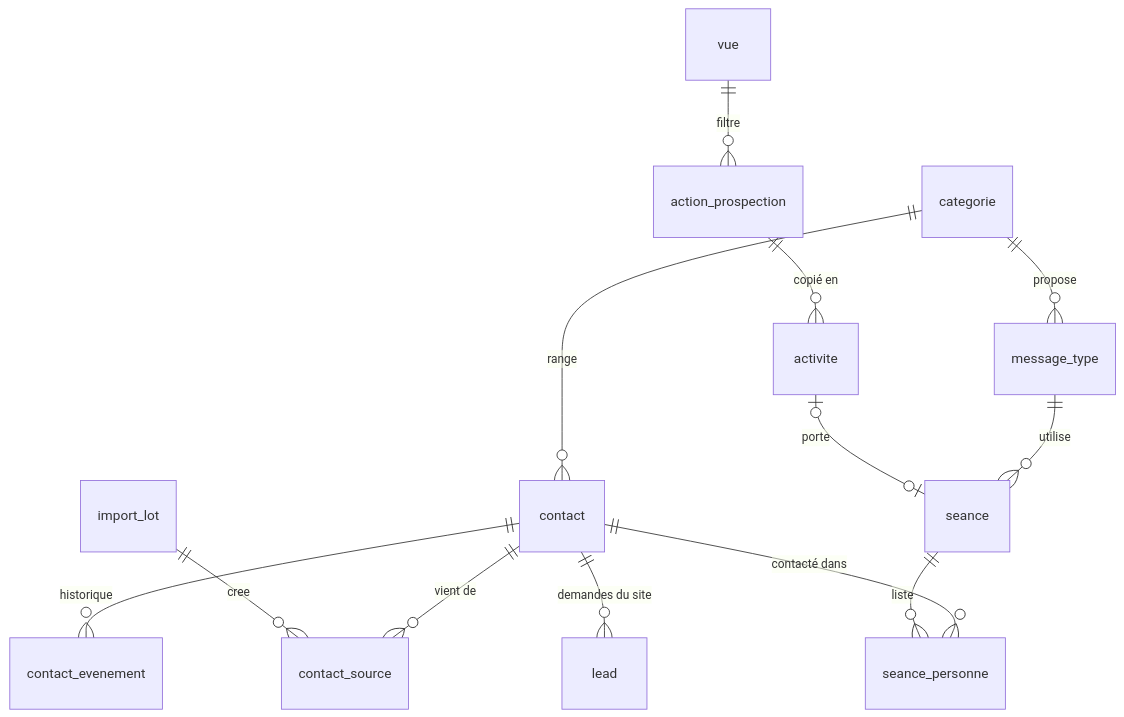
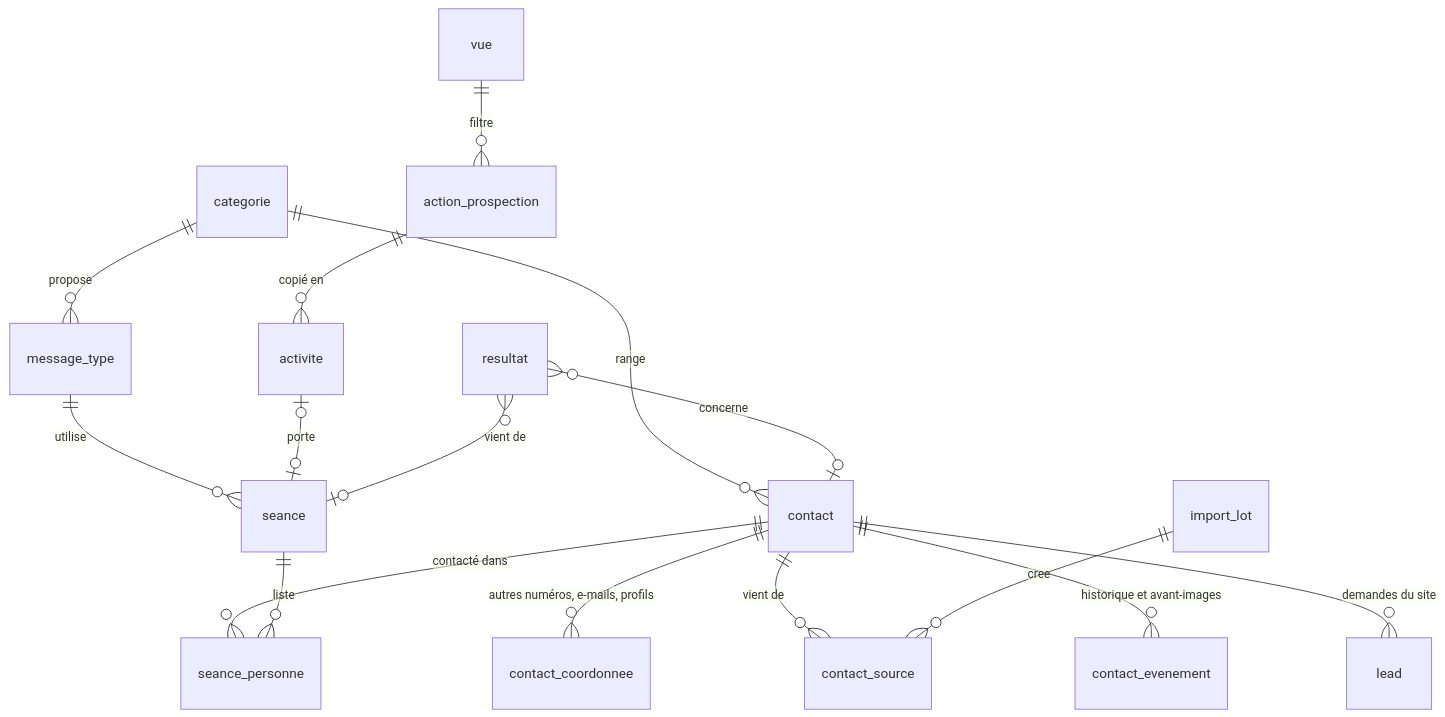
Before and after one commit to jbcholat-Dev/Anne-Immo---Website: the second of 2 diagrams in _bmad-output/planning-artifacts/architecture/architecture-espace-anne-2026-11-01/ARCHITECTURE-SPINE.md, drawn with Mermaid. The commit also changed other lines of this file and 4 other files, not shown here.

First line of the commit message:
Espace d'Anne : spine d'architecture v2 après relecture adverse, et Maj + clic pour sélectionner une plage de contacts (PRD FR-4, maquette)

````diff
--- a/_bmad-output/planning-artifacts/architecture/architecture-espace-anne-2026-11-01/ARCHITECTURE-SPINE.md
+++ b/_bmad-output/planning-artifacts/architecture/architecture-espace-anne-2026-11-01/ARCHITECTURE-SPINE.md
@@ -144,15 +185,18 @@
 ```mermaid
 erDiagram
   categorie ||--o{ contact : range
   categorie ||--o{ message_type : propose
+  contact ||--o{ contact_coordonnee : "autres numéros, e-mails, profils"
   contact ||--o{ contact_source : "vient de"
   import_lot ||--o{ contact_source : cree
-  contact ||--o{ contact_evenement : historique
+  contact ||--o{ contact_evenement : "historique et avant-images"
   contact ||--o{ seance_personne : "contacté dans"
   seance ||--o{ seance_personne : liste
   message_type ||--o{ seance : utilise
   vue ||--o{ action_prospection : filtre
   action_prospection ||--o{ activite : "copié en"
   activite |o--o| seance : porte
+  resultat }o--o| contact : concerne
+  resultat }o--o| seance : "vient de"
   contact ||--o{ lead : "demandes du site"
 ```
````
